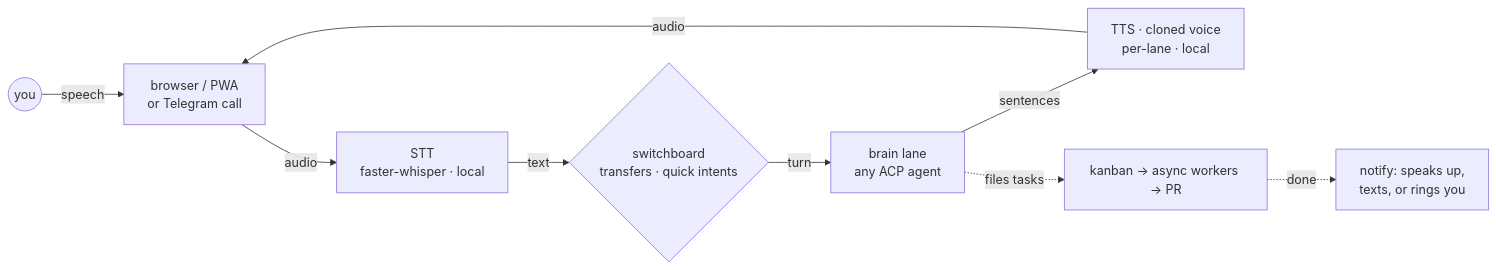
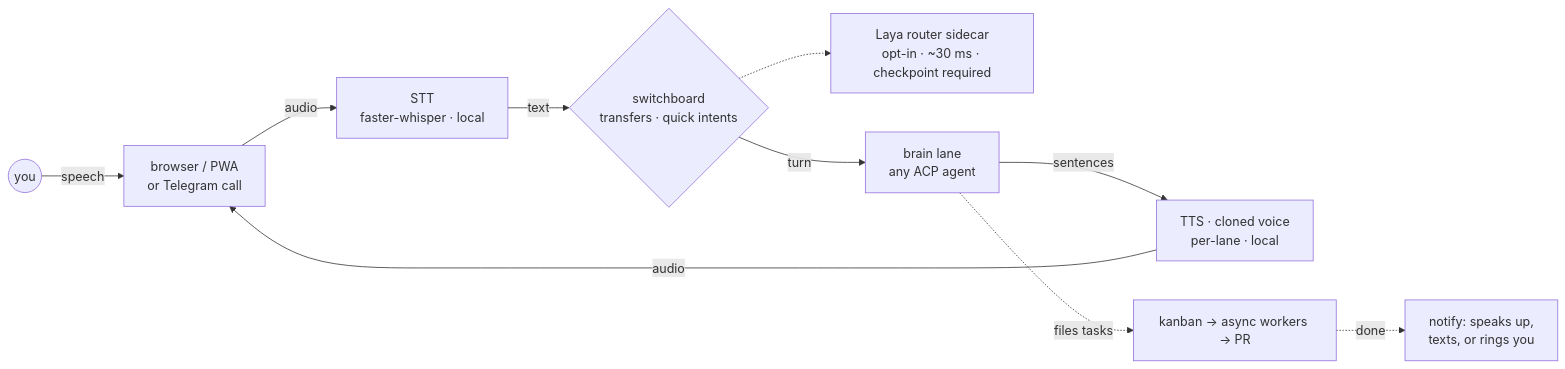
The diagram in README.md (5uck1ess/cicero), drawn with Mermaid before and after one commit. The commit also changed 11 other files, not shown here.

Commit message:
fix(laya-switchboard): bf16 on CPU->GPU move, keep off-roster call-me names, threaded server; add intent-router wizard step and diagram

````diff
--- a/README.md
+++ b/README.md
@@ -80,11 +80,12 @@
 ```mermaid
 flowchart LR
     Y((you)) -->|speech| B["browser / PWA<br/>or Telegram call"]
     B -->|audio| S["STT<br/>faster-whisper · local"]
     S -->|text| SW{"switchboard<br/>transfers · quick intents"}
+    SW -.-> LAYA["Laya router sidecar<br/>opt-in · ~30 ms · checkpoint required"]
     SW -->|turn| BR["brain lane<br/>any ACP agent"]
     BR -->|sentences| T["TTS · cloned voice<br/>per-lane · local"]
     T -->|audio| B
     BR -.->|files tasks| K["kanban → async workers → PR"]
     K -.->|done| N["notify: speaks up,<br/>texts, or rings you"]
 ```
````
